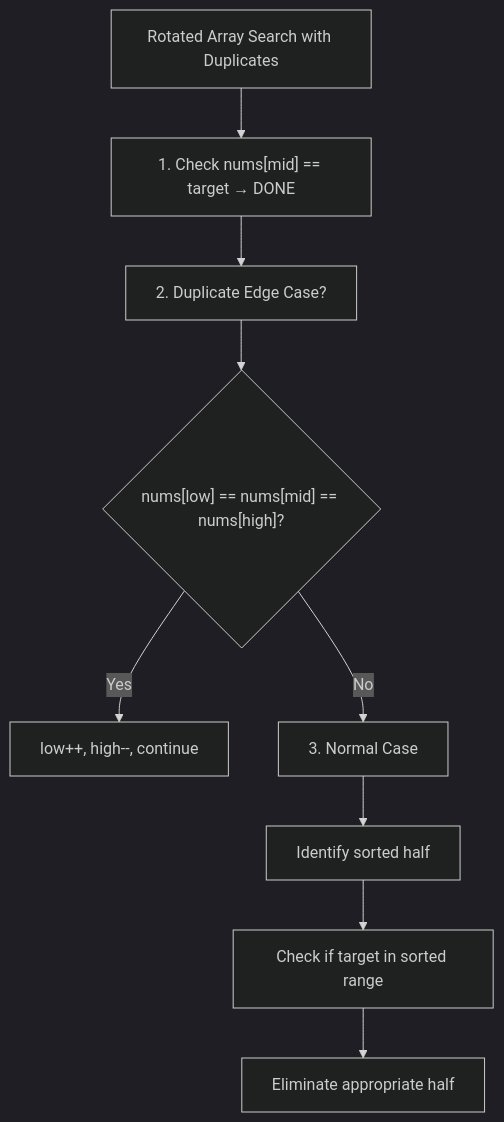
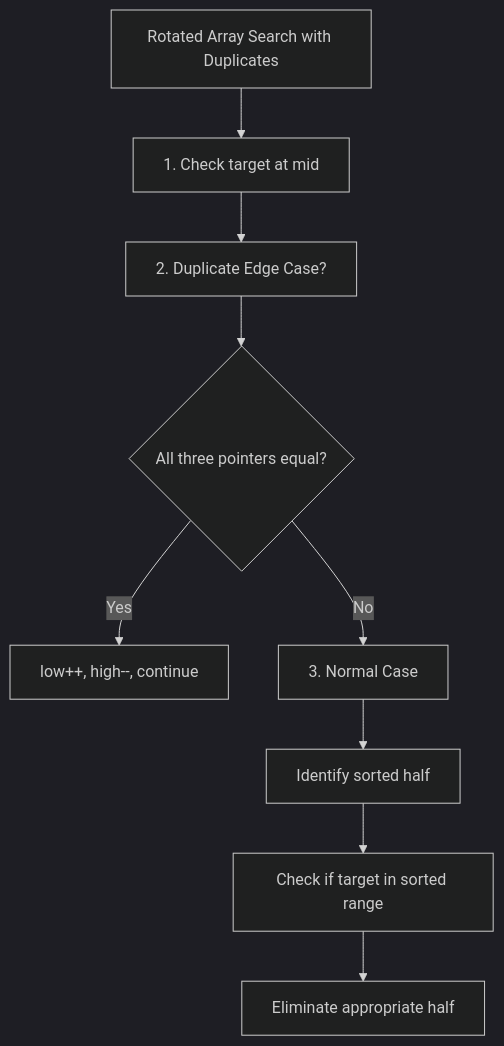
The fifth of 19 diagrams in dsa/Advanced/04-Binary search/02-logic-building/02-logic-building.md (pentoshi007/tuf), drawn with Mermaid (dark theme) before and after one commit. The commit also changed other lines of this file and 1 other file, not shown here.

First line of the commit message:
Fix Mermaid diagram syntax for GitHub compatibility

````diff
--- a/dsa/Advanced/04-Binary search/02-logic-building/02-logic-building.md
+++ b/dsa/Advanced/04-Binary search/02-logic-building/02-logic-building.md
@@ -200,11 +200,11 @@
 ```mermaid
 flowchart TD
-    A["Rotated Array Search with Duplicates"] --> B["1. Check nums[mid] == target → DONE"]
+    A["Rotated Array Search with Duplicates"] --> B["1. Check target at mid"]
     B --> C["2. Duplicate Edge Case?"]
-    C --> D{"nums[low] == nums[mid] == nums[high]?"}
+    C --> D{"All three pointers equal?"}
     D -->|Yes| E["low++, high--, continue"]
     D -->|No| F["3. Normal Case"]
     F --> G["Identify sorted half"]
     G --> H["Check if target in sorted range"]
     H --> I["Eliminate appropriate half"]
 ```
````
